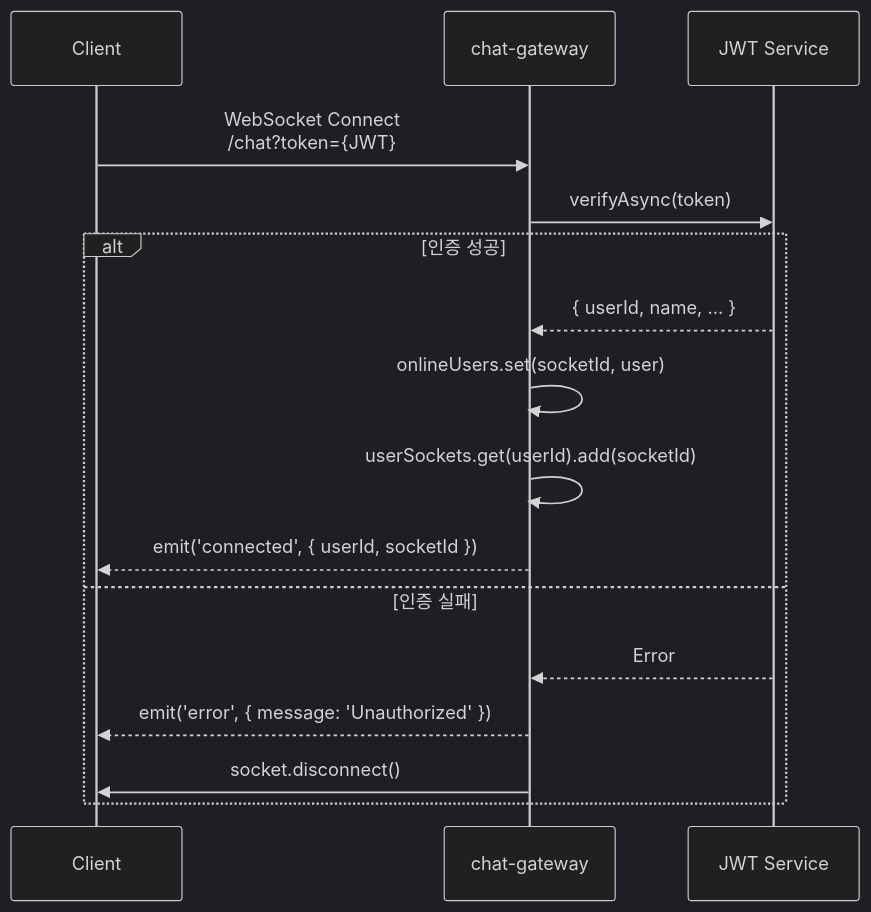
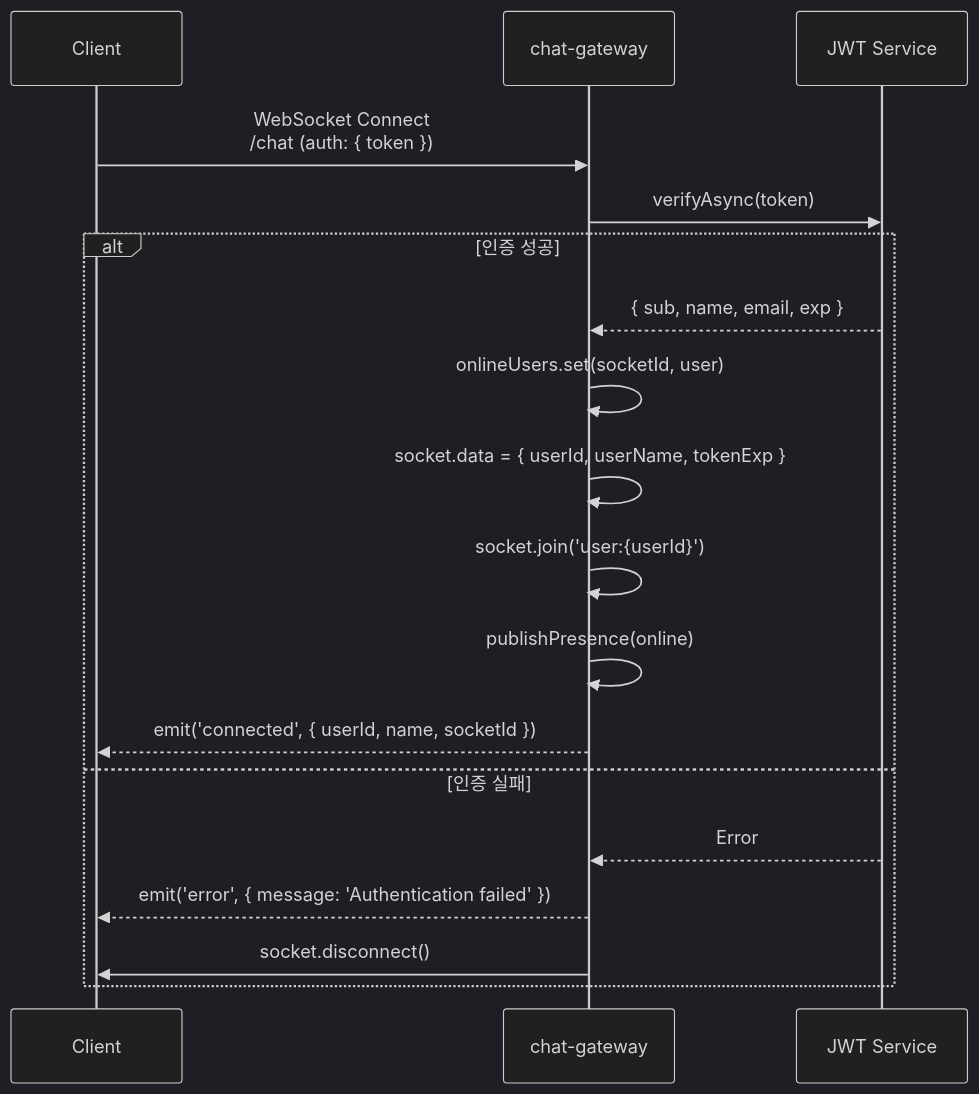
The seventh of 28 diagrams in docs/CHAT_WORKFLOW.md (uniyous/parkgolf-platform), drawn with Mermaid (dark theme) before and after one commit. The commit also changed other lines of this file, not shown here.

Commit message:
docs(chat): CHAT_WORKFLOW.md 멀티 레플리카 아키텍처 반영 최신화

````diff
--- a/docs/CHAT_WORKFLOW.md
+++ b/docs/CHAT_WORKFLOW.md
@@ -169,21 +219,23 @@
 ```mermaid
 sequenceDiagram
     participant Client
     participant Gateway as chat-gateway
     participant JWT as JWT Service
 
-    Client->>Gateway: WebSocket Connect<br/>/chat?token={JWT}
+    Client->>Gateway: WebSocket Connect<br/>/chat (auth: { token })
 
     Gateway->>JWT: verifyAsync(token)
 
     alt 인증 성공
-        JWT-->>Gateway: { userId, name, ... }
+        JWT-->>Gateway: { sub, name, email, exp }
         Gateway->>Gateway: onlineUsers.set(socketId, user)
-        Gateway->>Gateway: userSockets.get(userId).add(socketId)
-        Gateway-->>Client: emit('connected', { userId, socketId })
+        Gateway->>Gateway: socket.data = { userId, userName, tokenExp }
+        Gateway->>Gateway: socket.join('user:{userId}')
+        Gateway->>Gateway: publishPresence(online)
+        Gateway-->>Client: emit('connected', { userId, name, socketId })
     else 인증 실패
         JWT-->>Gateway: Error
-        Gateway-->>Client: emit('error', { message: 'Unauthorized' })
+        Gateway-->>Client: emit('error', { message: 'Authentication failed' })
         Gateway->>Client: socket.disconnect()
     end
 ```
````
